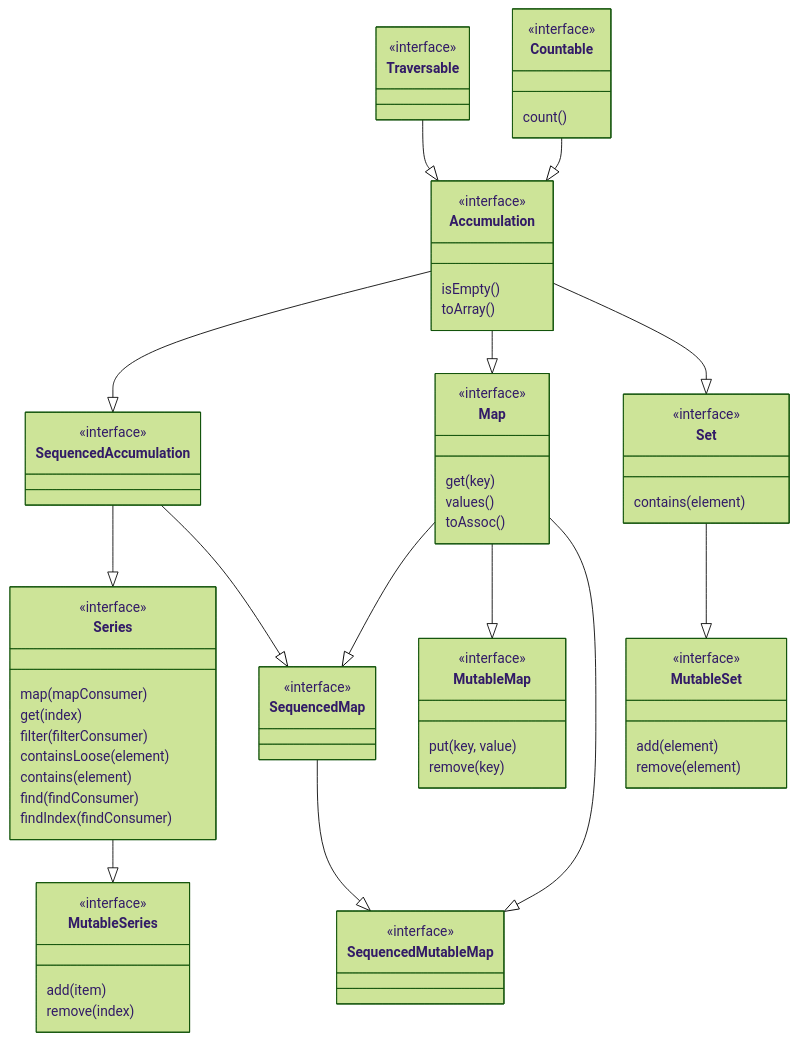
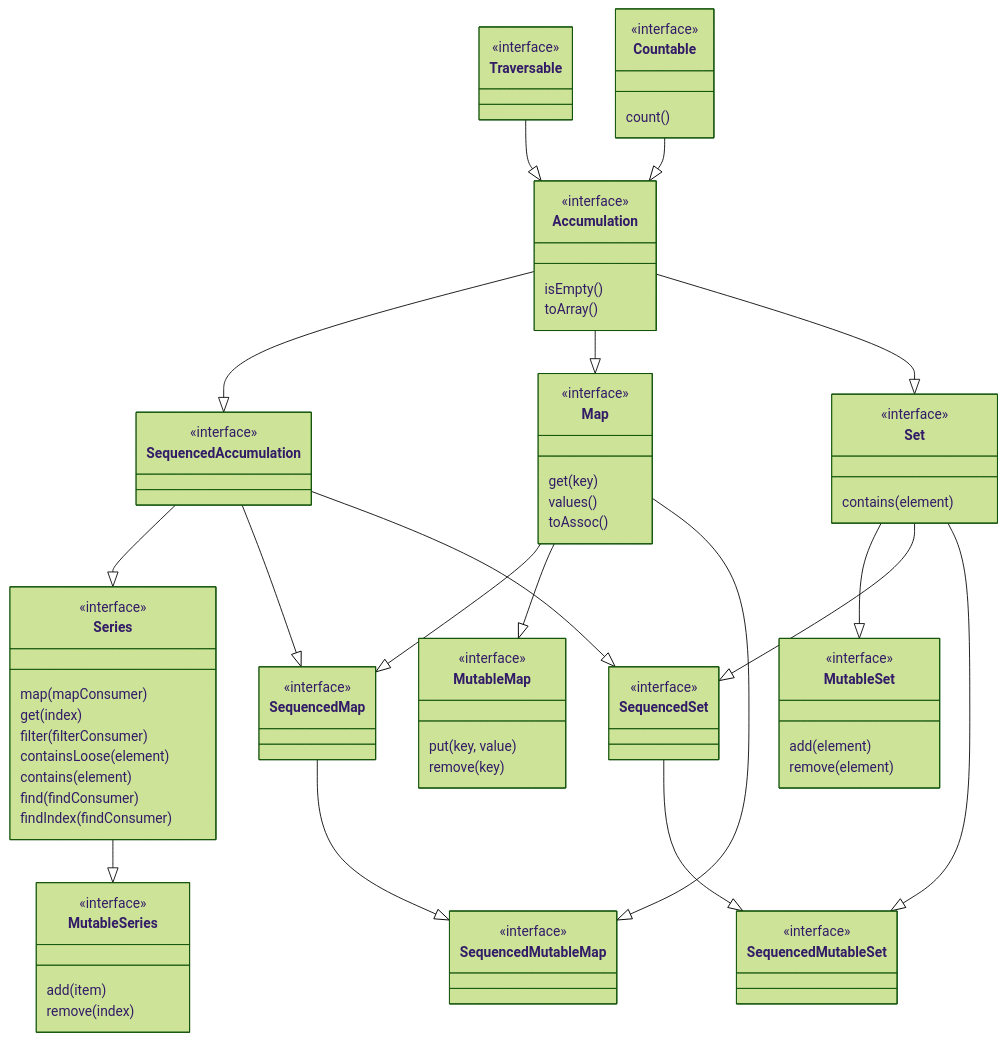
Before and after one commit to N-Silbernagel/AccumulatePHP: the diagram in README.md, drawn with Mermaid (forest theme). The commit also changed other lines of this file and 3 other files, not shown here.

````diff
--- a/README.md
+++ b/README.md
@@ -141,4 +141,15 @@
         remove(element)
     }
     MutableSet <|-- Set
+    
+    class SequencedSet {
+        <<interface>>
+    }
+    SequencedSet <|-- Set
+    SequencedSet <|-- SequencedAccumulation
+    class SequencedMutableSet {
+        <<interface>>
+    }
+    SequencedMutableSet <|-- SequencedSet
+    SequencedMutableSet <|-- Set
 ```
````
